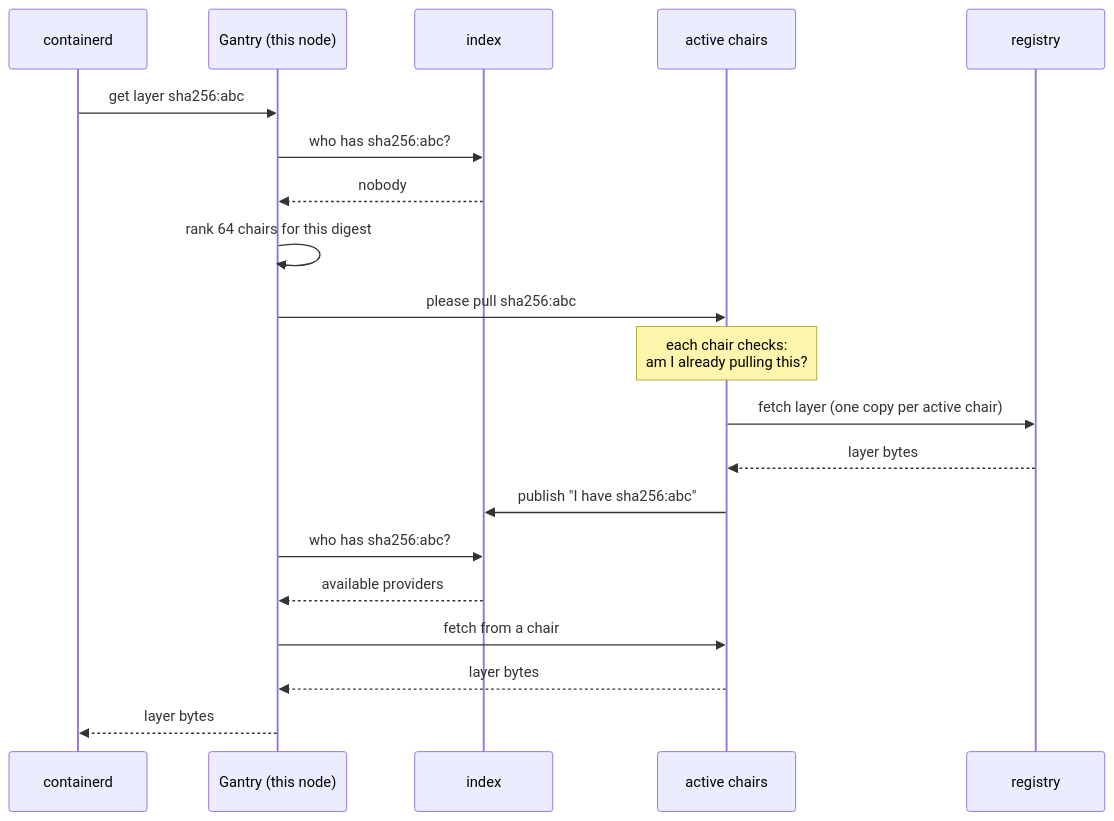
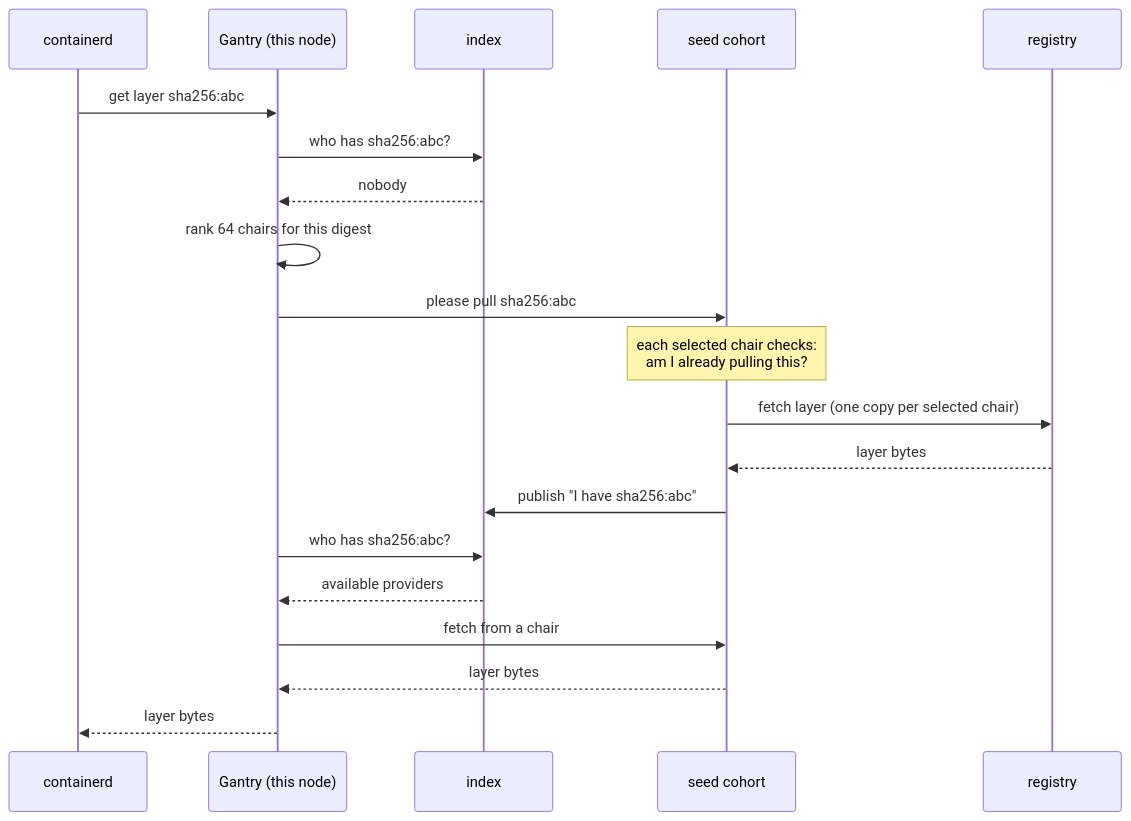
One commit to Azure/unbounded changed the fourth of 9 diagrams in designs/gantry-cold-pull-explained.md. Above: the diagram before and after it, drawn with Mermaid. The commit also changed other lines of this file and 34 other files, not shown here.

````diff
--- a/designs/gantry-cold-pull-explained.md
+++ b/designs/gantry-cold-pull-explained.md
@@ -123,23 +126,23 @@
 ```mermaid
 sequenceDiagram
     participant CD as containerd
     participant G as Gantry (this node)
     participant IX as index
-    participant CH as active chairs
+    participant CH as seed cohort
     participant REG as registry
 
     CD->>G: get layer sha256:abc
     G->>IX: who has sha256:abc?
     IX-->>G: nobody
     G->>G: rank 64 chairs for this digest
     G->>CH: please pull sha256:abc
-    Note over CH: each chair checks:<br/>am I already pulling this?
-    CH->>REG: fetch layer (one copy per active chair)
+    Note over CH: each selected chair checks:<br/>am I already pulling this?
+    CH->>REG: fetch layer (one copy per selected chair)
     REG-->>CH: layer bytes
     CH->>IX: publish "I have sha256:abc"
     G->>IX: who has sha256:abc?
     IX-->>G: available providers
     G->>CH: fetch from a chair
     CH-->>G: layer bytes
     G-->>CD: layer bytes
 ```
````
